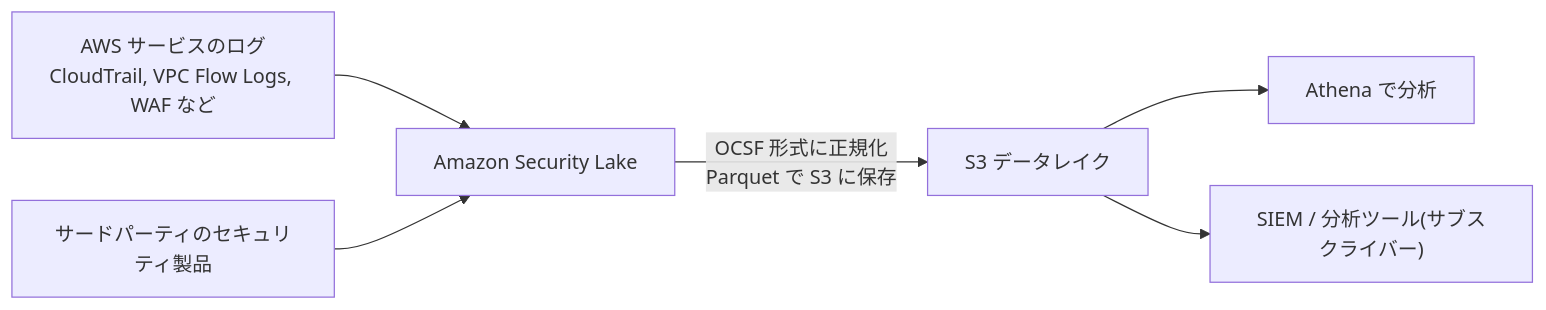
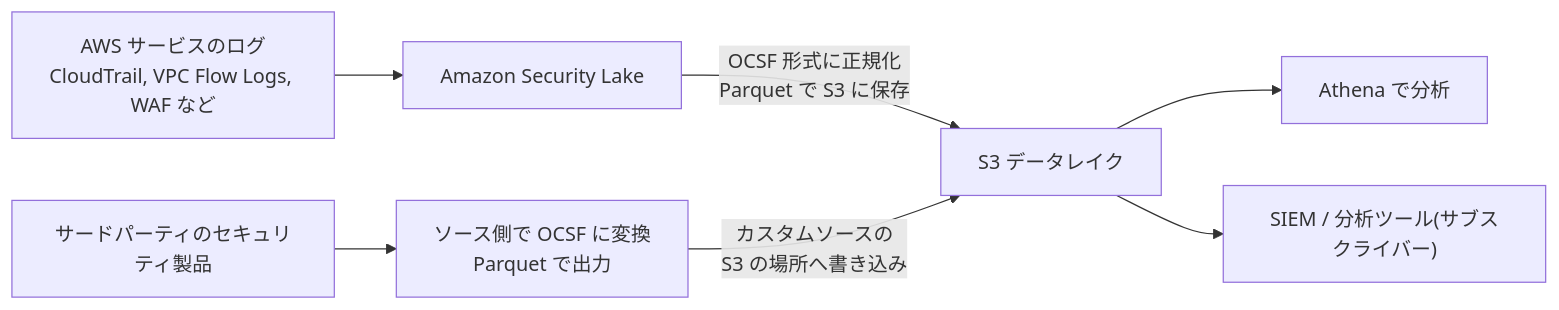
Before and after one commit to myoshi2891/Cloud-Infrastructure-and-Network-Studies: the seventh of 21 diagrams in Aws-scs-c03-domain3-infrastructure-security-guide.md, drawn with Mermaid. The commit also changed other lines of this file, not shown here.

````diff
--- a/Aws-scs-c03-domain3-infrastructure-security-guide.md
+++ b/Aws-scs-c03-domain3-infrastructure-security-guide.md
@@ -486,8 +486,9 @@
 ```mermaid
 flowchart LR
     A["AWS サービスのログ<br/>CloudTrail, VPC Flow Logs, WAF など"] --> SL["Amazon Security Lake"]
-    B["サードパーティのセキュリティ製品"] --> SL
     SL -->|"OCSF 形式に正規化<br/>Parquet で S3 に保存"| S3["S3 データレイク"]
+    B["サードパーティのセキュリティ製品"] --> CONV["ソース側で OCSF に変換<br/>Parquet で出力"]
+    CONV -->|"カスタムソースの<br/>S3 の場所へ書き込み"| S3
     S3 --> ATH["Athena で分析"]
     S3 --> SIEM["SIEM / 分析ツール(サブスクライバー)"]
 ```
````
